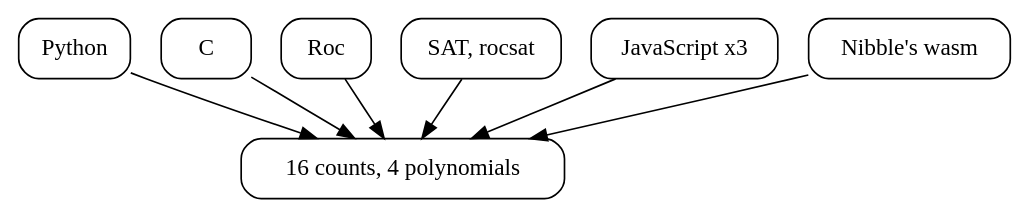
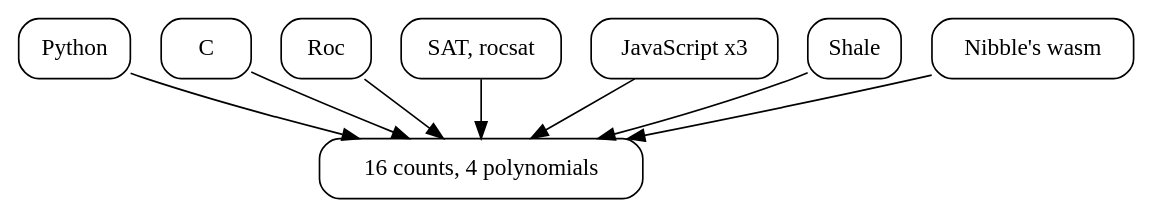
The seventh of 7 diagrams in book/book.md (showell/cook-levin-riff), drawn with Graphviz before and after one commit. The commit also changed other lines of this file and 1 other file, not shown here.

First line of the commit message:
book: two Shale chapters, "What is Shale?" and "The VM in Shale"

````diff
--- a/book/book.md
+++ b/book/book.md
@@ -655,18 +655,20 @@
 ```dot
 digraph {
   node [shape=box, style=rounded];
   answers [label="16 counts, 4 polynomials"];
   python [label="Python"];
   c [label="C"];
   roc [label="Roc"];
   sat [label="SAT, rocsat"];
   js [label="JavaScript x3"];
+  shale [label="Shale"];
   nibble [label="Nibble's wasm"];
   python -> answers;
   c -> answers;
   roc -> answers;
   sat -> answers;
   js -> answers;
+  shale -> answers;
   nibble -> answers;
 }
 ```
````
